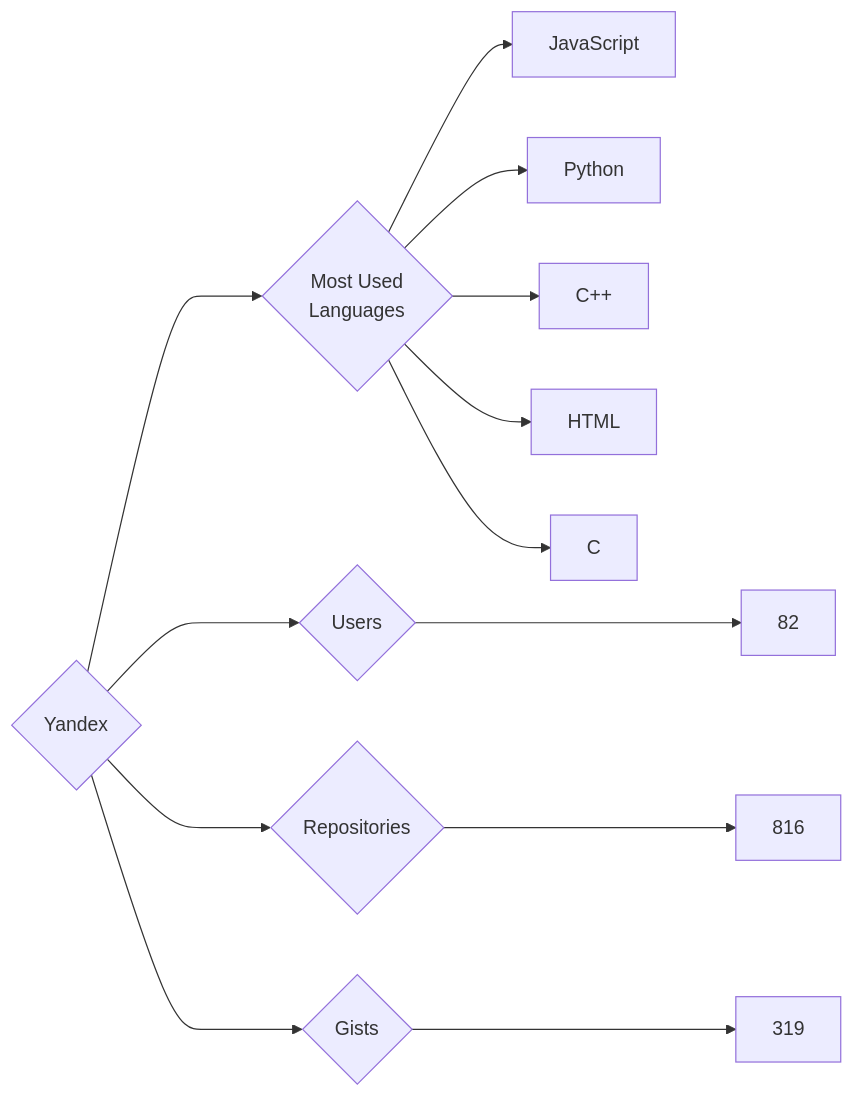
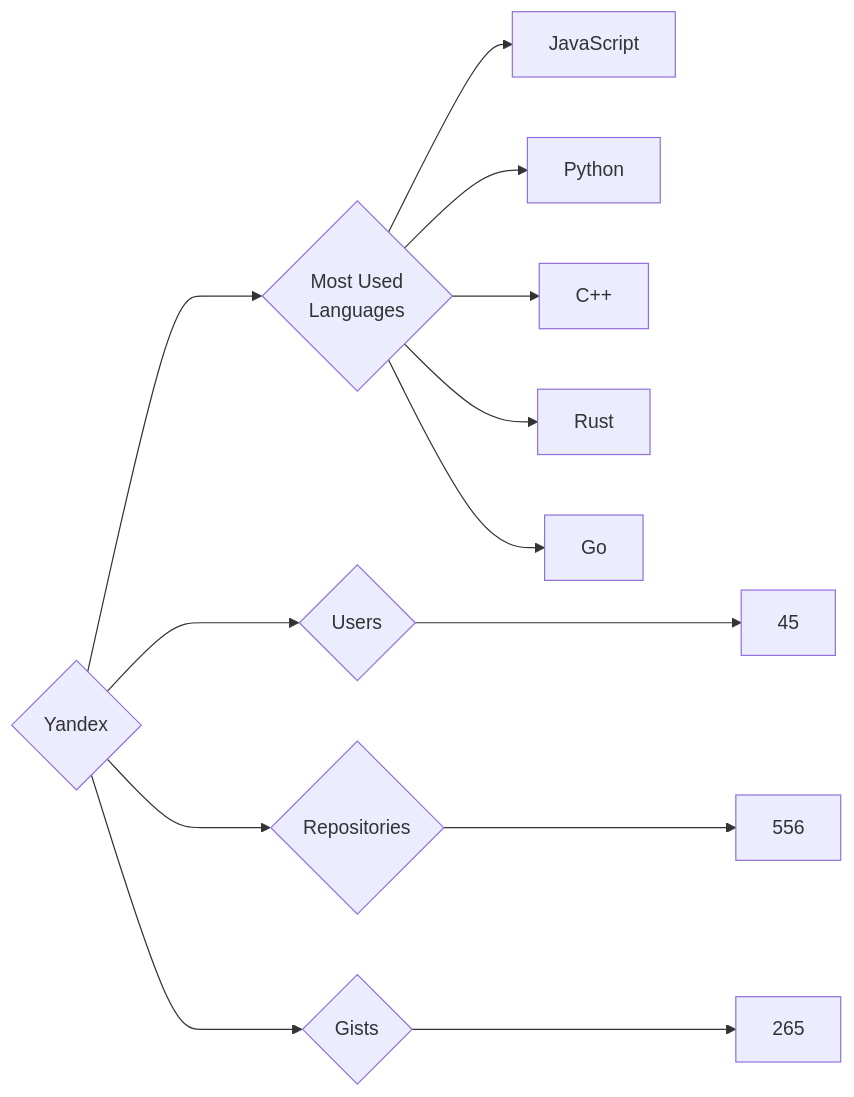
One commit to trickest/insiders changed the diagram in targets/Yandex/README.md. Above: the diagram before and after it, drawn with Mermaid. The commit also changed 796 other files, not shown here.

````diff
--- a/targets/Yandex/README.md
+++ b/targets/Yandex/README.md
@@ -3,13 +3,13 @@
 ```mermaid
 graph LR
 COMPANY_NAME{Yandex}
-COMPANY_NAME ---> U{Users} ---> UN[82]
-COMPANY_NAME ---> R{Repositories} ---> RN[816]
-COMPANY_NAME ---> G{Gists} ---> GN[319]
+COMPANY_NAME ---> U{Users} ---> UN[45]
+COMPANY_NAME ---> R{Repositories} ---> RN[556]
+COMPANY_NAME ---> G{Gists} ---> GN[265]
 COMPANY_NAME ---> ML{Most Used<br>Languages}
 ML --> JavaScript[JavaScript]
 ML --> Python[Python]
 ML --> C++[C++]
-ML --> HTML[HTML]
-ML --> C[C]
+ML --> Rust[Rust]
+ML --> Go[Go]
 ```
````
